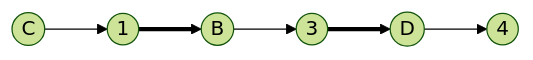
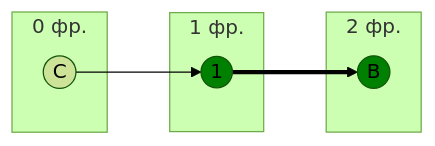
The ninth of 14 diagrams in Задание 8/task8.md (algos-ris-24-3/manual-tasks), drawn with Mermaid (forest theme) before and after one commit. The commit also changed other lines of this file, not shown here.

````diff
--- a/Задание 8/task8.md
+++ b/Задание 8/task8.md
@@ -227,6 +375,16 @@
 ```mermaid
 graph LR
-    C((C)) --> n1((1)) ==> B((B))
-    B --> n3((3)) ==> D((D))
-    D --> n4((4))
+    subgraph "0 фр."
+        C((C))
+    end
+    subgraph "1 фр."
+        1((1))
+    end
+    subgraph "2 фр."
+        B((B))
+    end
+    C --> 1 ==> B
+
+    style 1 fill:#008000
+    style B fill:#008000
 ```
````
